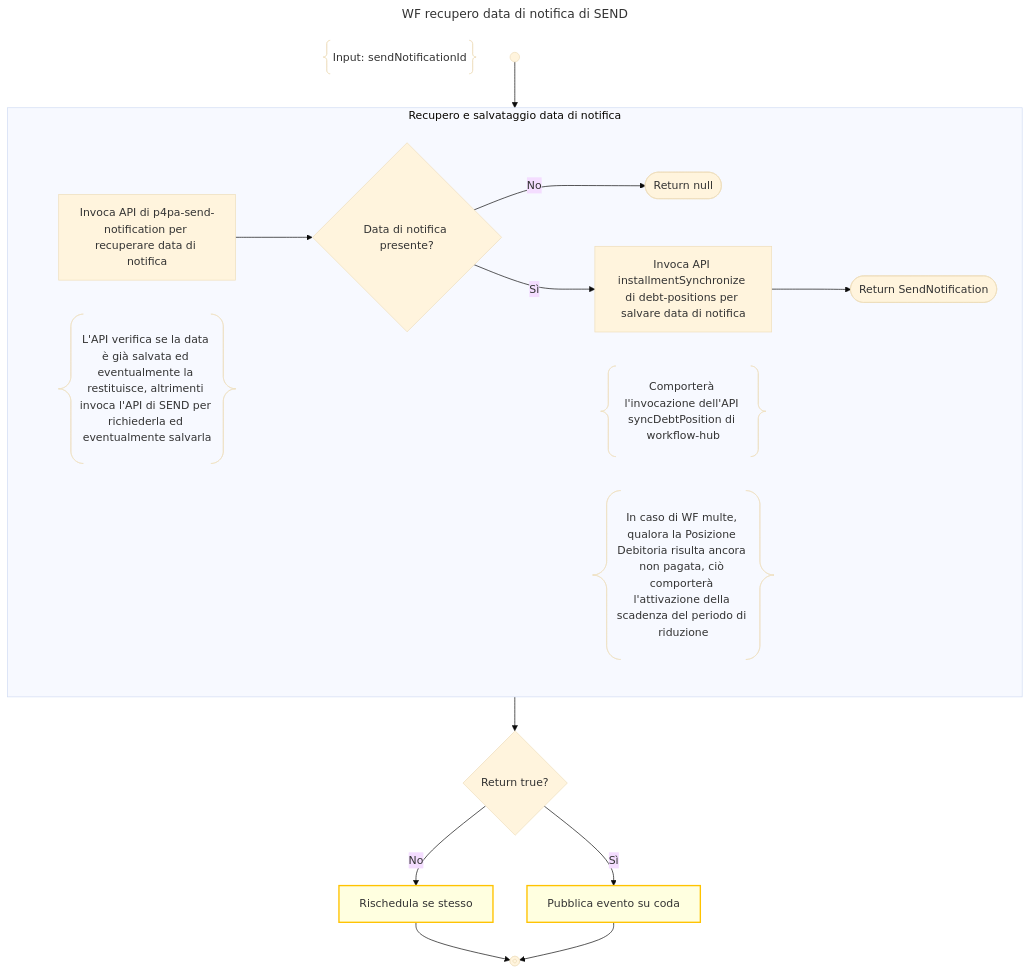
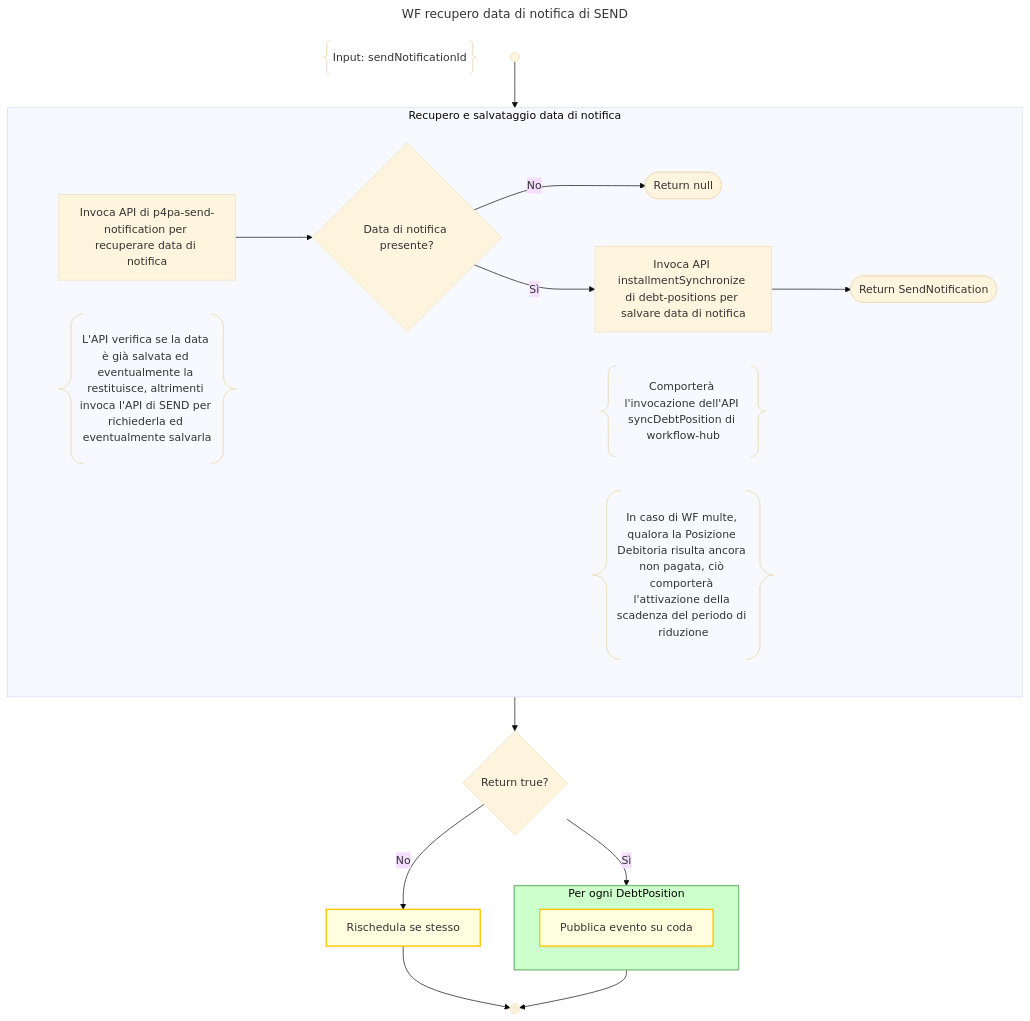
One commit to pagopa/p4pa-doc changed the diagram in design/workflow/notificaSend/wf_NotificationDateRetrieve.mmd. Above: the diagram before and after it, drawn with Mermaid (base theme). The commit also changed 3 other files, not shown here.

Commit message:
sendNotification will publish potentially more than one event (cause could be related to more than 1 DebtPosition)

```diff
--- a/design/workflow/notificaSend/wf_NotificationDateRetrieve.mmd
+++ b/design/workflow/notificaSend/wf_NotificationDateRetrieve.mmd
@@ -1,43 +1,48 @@
 ---
 title: WF recupero data di notifica di SEND
 ---
 flowchart TD
     DESCRIPTION@{ shape: braces, label: "Input: sendNotificationId" }
     START@{shape: start} -->
     RETRIEVE_NOTIFICATION_DATE_ACTIVITY -->
     IS_SUCCESS{"Return true?"} -->
     |No|RESCHEDULE_WF:::activity@{label: "Rischedula se stesso"} -->
     END@{shape: stop}
 
     IS_SUCCESS -->
-    |Sì|PUBLISH_EVENT:::activity@{label: "Pubblica evento su coda"} -->
+    |Sì|PUBLISH_EVENT_LOOP -->
     END
+
+    subgraph PUBLISH_EVENT_LOOP["Per ogni DebtPosition"]
+        PUBLISH_EVENT:::activity@{label: "Pubblica evento su coda"}
+    end
+    class PUBLISH_EVENT_LOOP loop
 
     subgraph RETRIEVE_NOTIFICATION_DATE_ACTIVITY["Recupero e salvataggio data di notifica"]
         RETRIEVE_NOTIFICATION_DATE["Invoca API di p4pa-send-notification per recuperare data di notifica"] -->
         IS_NOTIFIED{"Data di notifica presente?"} -->
         |No|RETURN_KO@{shape: terminal, label: "Return null"}
 
         subgraph SAVE_NOTIFICATION_DATE_NOTE_BLOCK
             SAVE_NOTIFICATION_DATE
             SAVE_NOTIFICATION_DATE_NOTE@{shape: braces, label: "Comporterà l'invocazione dell'API syncDebtPosition di workflow-hub"}
             SAVE_NOTIFICATION_DATE_NOTE_2@{shape: braces, label: "In caso di WF multe, qualora la Posizione Debitoria risulta ancora non pagata, ciò comporterà l'attivazione della scadenza del periodo di riduzione"}
         end
         class SAVE_NOTIFICATION_DATE_NOTE_BLOCK disable
 
         IS_NOTIFIED -->
         |Sì|SAVE_NOTIFICATION_DATE["Invoca API installmentSynchronize di debt-positions per salvare data di notifica"] -->
         RETURN_OK@{shape: terminal, label: "Return SendNotification"}
 
         subgraph RETRIEVE_NOTIFICATION_DATE_NOTE_BLOCK
             RETRIEVE_NOTIFICATION_DATE
             RETRIEVE_NOTIFICATION_DATE_NOTE@{shape: braces, label: "L'API verifica se la data è già salvata ed eventualmente la restituisce, altrimenti invoca l'API di SEND per richiederla ed eventualmente salvarla"}
         end
         class RETRIEVE_NOTIFICATION_DATE_NOTE_BLOCK disable
     end
     class NOTIFICATION_DATE_RETRIEVE activity
 
 
     classDef disable display:none;
     classDef activity fill:#FFFFE0, stroke:#ffc300, stroke-width:2px;
     classDef loop fill:#CCFFCC, stroke:#7FBF7F, stroke-width:2px, padding-bottom: 5px;
```
